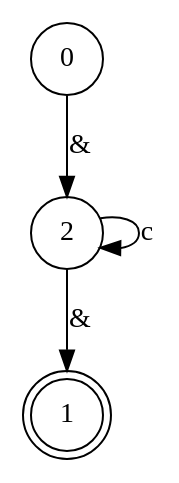
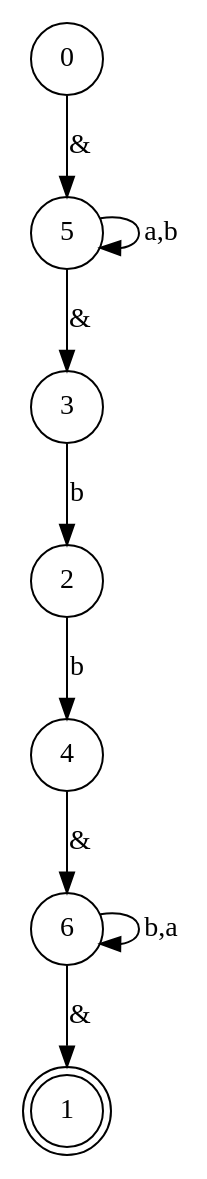
Before and after one commit to igorbragaia/CTC-34: the diagram in projeto_1/test-output/graph.gv, drawn with Graphviz. The commit also changed 4 other files, not shown here.

```diff
--- a/projeto_1/test-output/graph.gv
+++ b/projeto_1/test-output/graph.gv
@@ -1,8 +1,17 @@
 digraph {
 	0 [shape=circle]
 	1 [shape=doublecircle]
 	2 [shape=circle]
-	2 -> 2 [label=c]
-	0 -> 2 [label="&"]
-	2 -> 1 [label="&"]
+	3 [shape=circle]
+	4 [shape=circle]
+	5 [shape=circle]
+	6 [shape=circle]
+	5 -> 5 [label="a,b"]
+	2 -> 4 [label=b]
+	3 -> 2 [label=b]
+	6 -> 6 [label="b,a"]
+	0 -> 5 [label="&"]
+	5 -> 3 [label="&"]
+	4 -> 6 [label="&"]
+	6 -> 1 [label="&"]
 }
```
